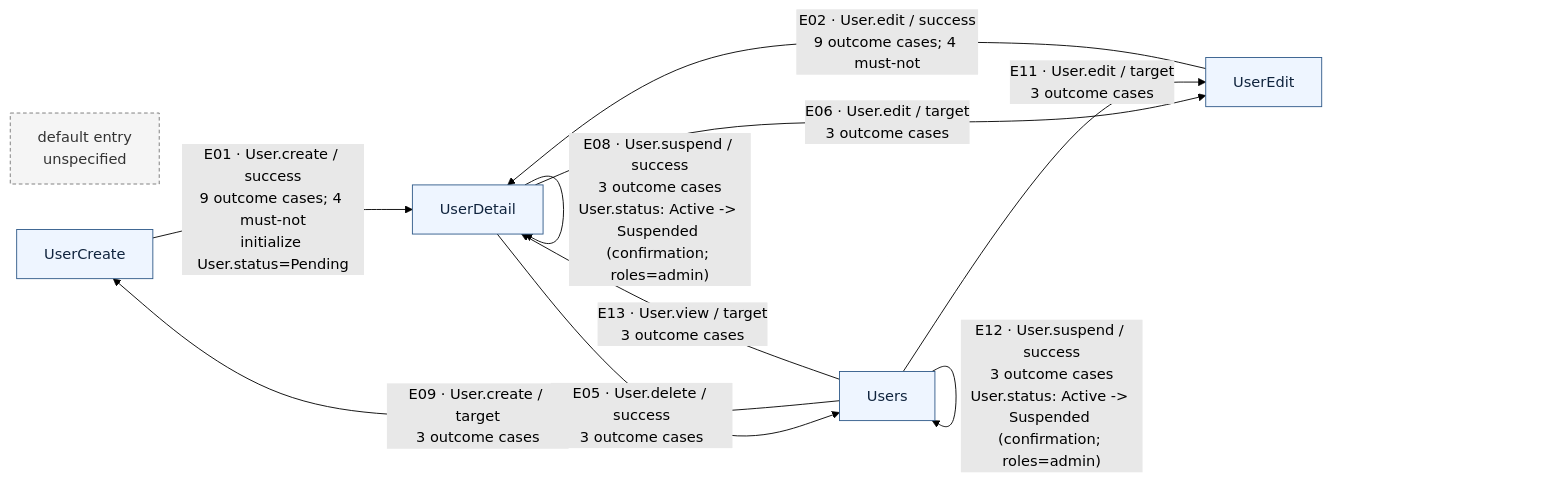
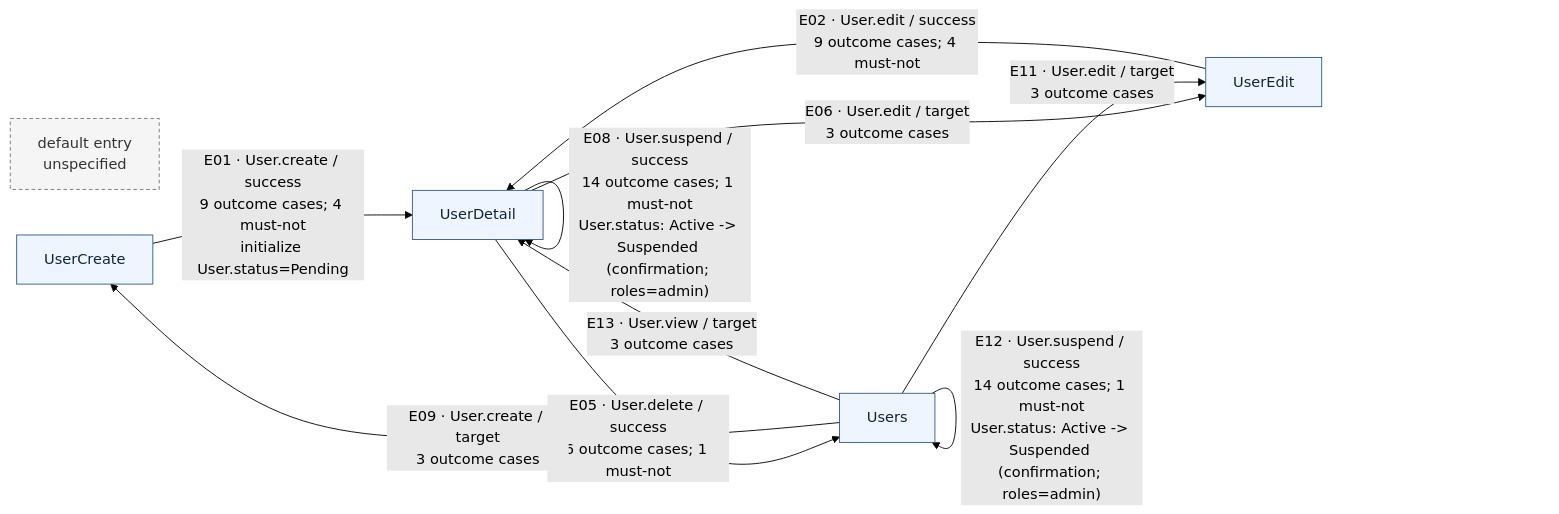
One commit to horizon67/forma changed the diagram in internal/compiler/testdata/users.flow.md. Above: the diagram before and after it, drawn with Mermaid (forest theme). The commit also changed other lines of this file and 85 other files, not shown here.

````diff
--- a/internal/compiler/testdata/users.flow.md
+++ b/internal/compiler/testdata/users.flow.md
@@ -11,26 +11,26 @@
 ```mermaid
 flowchart LR
   default_entry["default entry<br/>unspecified"]:::unspecified
   n_page_2f_UserCreate["UserCreate"]:::page
   n_page_2f_UserDetail["UserDetail"]:::page
   n_page_2f_UserEdit["UserEdit"]:::page
   n_page_2f_Users["Users"]:::page
   n_page_2f_UserCreate -->|"E01 · User.create / success<br/>9 outcome cases; 4 must-not<br/>initialize User.status=Pending"| n_page_2f_UserDetail
   n_page_2f_UserEdit -->|"E02 · User.edit / success<br/>9 outcome cases; 4 must-not"| n_page_2f_UserDetail
-  n_page_2f_UserDetail -->|"E03 · User.activate / success<br/>3 outcome cases<br/>User.status: Confirmed -&gt; Active"| n_page_2f_UserDetail
-  n_page_2f_UserDetail -->|"E04 · User.confirm / success<br/>3 outcome cases<br/>User.status: Pending -&gt; Confirmed"| n_page_2f_UserDetail
-  n_page_2f_UserDetail -->|"E05 · User.delete / success<br/>3 outcome cases"| n_page_2f_Users
+  n_page_2f_UserDetail -->|"E03 · User.activate / success<br/>12 outcome cases<br/>User.status: Confirmed -&gt; Active"| n_page_2f_UserDetail
+  n_page_2f_UserDetail -->|"E04 · User.confirm / success<br/>12 outcome cases<br/>User.status: Pending -&gt; Confirmed"| n_page_2f_UserDetail
+  n_page_2f_UserDetail -->|"E05 · User.delete / success<br/>6 outcome cases; 1 must-not"| n_page_2f_Users
   n_page_2f_UserDetail -->|"E06 · User.edit / target<br/>3 outcome cases"| n_page_2f_UserEdit
-  n_page_2f_UserDetail -->|"E07 · User.reinstate / success<br/>3 outcome cases<br/>User.status: Suspended -&gt; Active (roles=admin)"| n_page_2f_UserDetail
-  n_page_2f_UserDetail -->|"E08 · User.suspend / success<br/>3 outcome cases<br/>User.status: Active -&gt; Suspended (confirmation; roles=admin)"| n_page_2f_UserDetail
+  n_page_2f_UserDetail -->|"E07 · User.reinstate / success<br/>12 outcome cases<br/>User.status: Suspended -&gt; Active (roles=admin)"| n_page_2f_UserDetail
+  n_page_2f_UserDetail -->|"E08 · User.suspend / success<br/>14 outcome cases; 1 must-not<br/>User.status: Active -&gt; Suspended (confirmation; roles=admin)"| n_page_2f_UserDetail
   n_page_2f_Users -->|"E09 · User.create / target<br/>3 outcome cases"| n_page_2f_UserCreate
-  n_page_2f_Users -->|"E10 · User.delete / success<br/>3 outcome cases"| n_page_2f_Users
+  n_page_2f_Users -->|"E10 · User.delete / success<br/>6 outcome cases; 1 must-not"| n_page_2f_Users
   n_page_2f_Users -->|"E11 · User.edit / target<br/>3 outcome cases"| n_page_2f_UserEdit
-  n_page_2f_Users -->|"E12 · User.suspend / success<br/>3 outcome cases<br/>User.status: Active -&gt; Suspended (confirmation; roles=admin)"| n_page_2f_Users
+  n_page_2f_Users -->|"E12 · User.suspend / success<br/>14 outcome cases; 1 must-not<br/>User.status: Active -&gt; Suspended (confirmation; roles=admin)"| n_page_2f_Users
   n_page_2f_Users -->|"E13 · User.view / target<br/>3 outcome cases"| n_page_2f_UserDetail
   classDef page fill:#eef5ff,stroke:#315b8a,color:#10243e
   classDef external fill:#fff4df,stroke:#9a641c,color:#3c2508
   classDef unspecified fill:#f5f5f5,stroke:#777,color:#333,stroke-dasharray: 4 3
   classDef entry fill:#e8f7ec,stroke:#2f7a45,color:#173d24
   classDef policy fill:#f4edff,stroke:#7352a3,color:#2f1c4d
 ```
````
